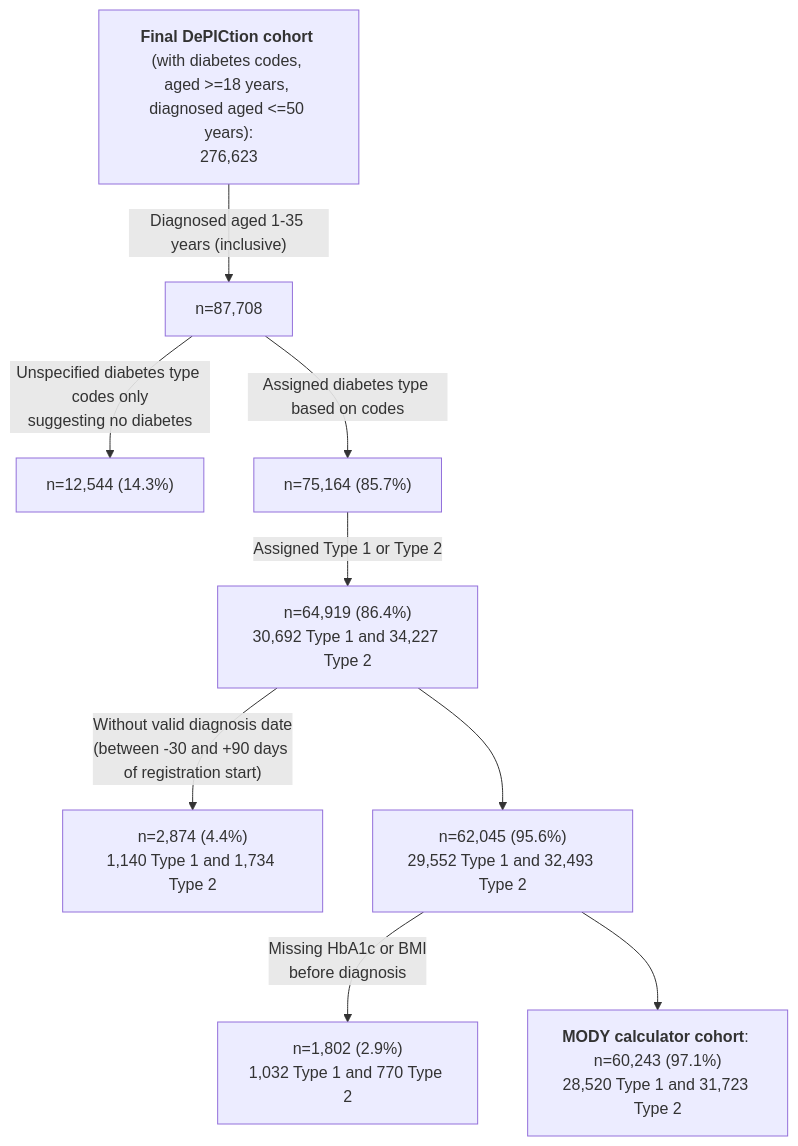
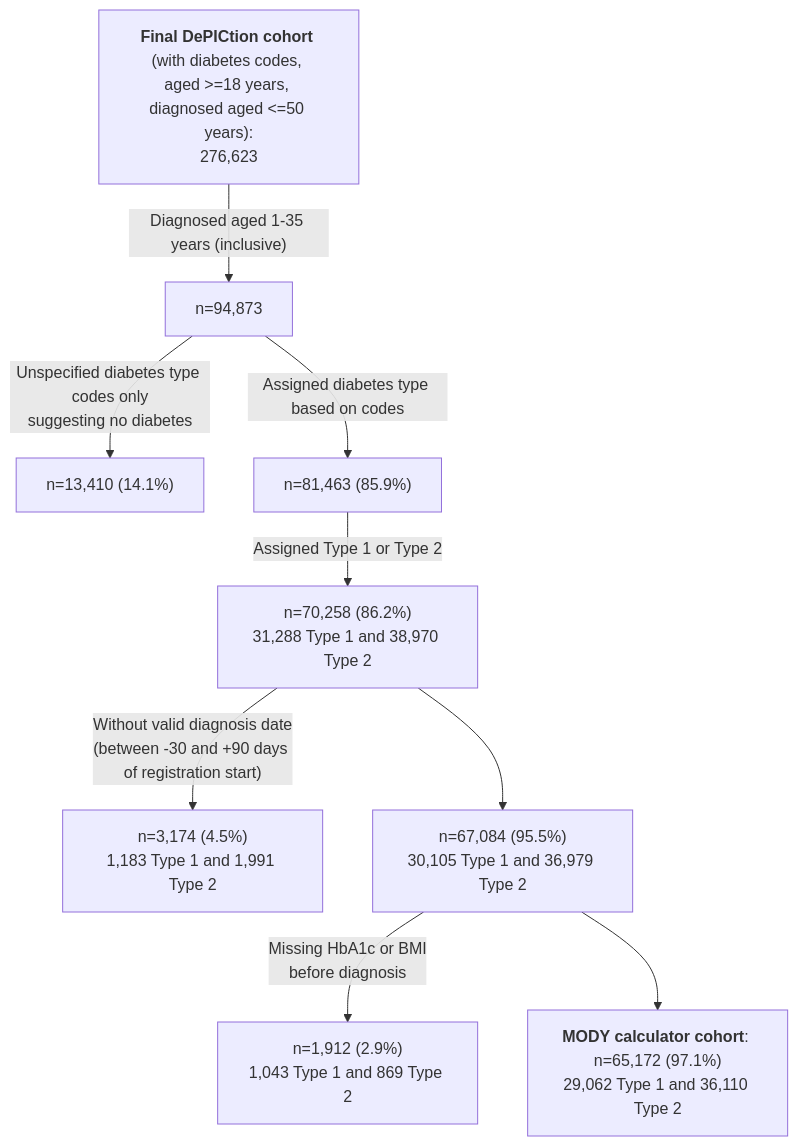
The fourth of 5 diagrams in README.md (Exeter-Diabetes/CPRD-Katie-DePICtion-Scripts), drawn with Mermaid before and after one commit. The commit also changed other lines of this file, not shown here.

````diff
--- a/README.md
+++ b/README.md
@@ -124,11 +124,11 @@
 ```mermaid
 graph TD;
-    A["<b>Final DePICtion cohort</b> (with diabetes codes, <br>aged >=18 years, diagnosed aged <=50 years):<br>276,623"] --> |"Diagnosed aged 1-35 years (inclusive)"| B["n=87,708"]
-    B --> |"Unspecified diabetes type codes only<br>suggesting no diabetes"| C["n=12,544 (14.3%)"]
-    B --> |"Assigned diabetes type based on codes"| D["n=75,164 (85.7%)"]
-    D --> |"Assigned Type 1 or Type 2"| E["n=64,919 (86.4%)<br>30,692 Type 1 and 34,227 Type 2"]
-    E --> |"Without valid diagnosis date<br>(between -30 and +90 days of registration start)"| F["n=2,874 (4.4%)<br>1,140 Type 1 and 1,734 Type 2"]
-    E --> G["n=62,045 (95.6%)<br>29,552 Type 1 and 32,493 Type 2"]
-    G --> |"Missing HbA1c or BMI<br>before diagnosis"|H["n=1,802 (2.9%)<br>1,032 Type 1 and 770 Type 2"]
-    G --> I["<b>MODY calculator cohort</b>: n=60,243 (97.1%)<br>28,520 Type 1 and 31,723 Type 2"]
+    A["<b>Final DePICtion cohort</b> (with diabetes codes, <br>aged >=18 years, diagnosed aged <=50 years):<br>276,623"] --> |"Diagnosed aged 1-35 years (inclusive)"| B["n=94,873"]
+    B --> |"Unspecified diabetes type codes only<br>suggesting no diabetes"| C["n=13,410 (14.1%)"]
+    B --> |"Assigned diabetes type based on codes"| D["n=81,463 (85.9%)"]
+    D --> |"Assigned Type 1 or Type 2"| E["n=70,258 (86.2%)<br>31,288 Type 1 and 38,970 Type 2"]
+    E --> |"Without valid diagnosis date<br>(between -30 and +90 days of registration start)"| F["n=3,174 (4.5%)<br>1,183 Type 1 and 1,991 Type 2"]
+    E --> G["n=67,084 (95.5%)<br>30,105 Type 1 and 36,979 Type 2"]
+    G --> |"Missing HbA1c or BMI<br>before diagnosis"|H["n=1,912 (2.9%)<br>1,043 Type 1 and 869 Type 2"]
+    G --> I["<b>MODY calculator cohort</b>: n=65,172 (97.1%)<br>29,062 Type 1 and 36,110 Type 2"]
 ```
````
